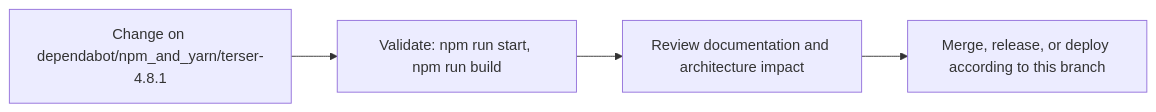
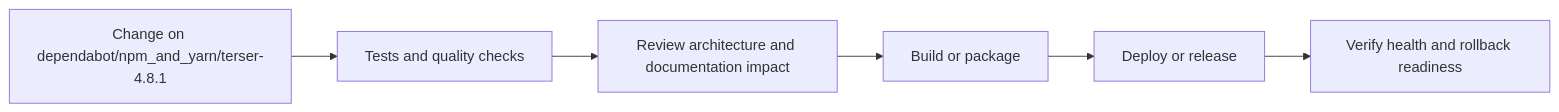
One commit to Nischhalsubba/Personal-Website changed the fourth of 5 diagrams in README.md. Above: the diagram before and after it, drawn with Mermaid. The commit also changed other lines of this file, not shown here.

````diff
--- a/README.md
+++ b/README.md
@@ -62,8 +134,8 @@
 ```mermaid
 flowchart LR
-    CHANGE["Change on dependabot/npm_and_yarn/terser-4.8.1"]
-    CHECK["Validate: npm run start, npm run build"]
-    REVIEW["Review documentation and architecture impact"]
-    RELEASE["Merge, release, or deploy according to this branch"]
-    CHANGE --> CHECK --> REVIEW --> RELEASE
+    CHANGE["Change on dependabot/npm_and_yarn/terser-4.8.1"] --> CHECK["Tests and quality checks"]
+    CHECK --> REVIEW["Review architecture and documentation impact"]
+    REVIEW --> BUILD["Build or package"]
+    BUILD --> DEPLOY["Deploy or release"]
+    DEPLOY --> VERIFY["Verify health and rollback readiness"]
 ```
````
